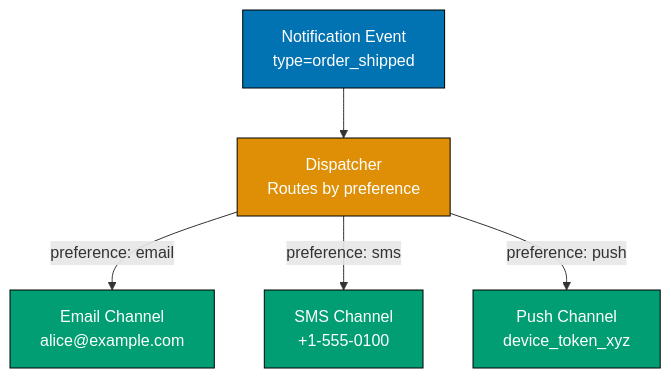
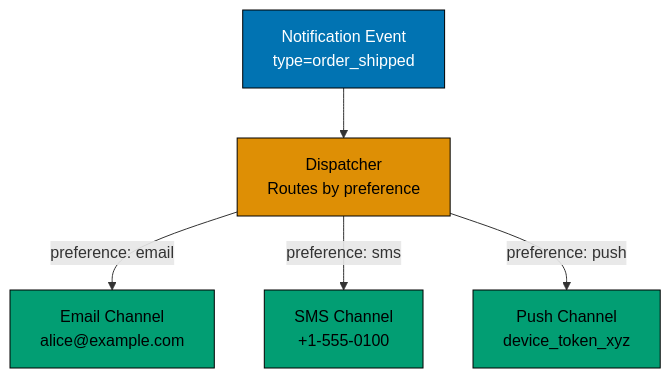
One commit to wahidyankf/ose-public changed the sixth of 6 diagrams in apps/ayokoding-www/content/en/learn/legacy/software-engineering/system-design/by-example/intermediate.md. Above: the diagram before and after it, drawn with Mermaid. The commit also changed other lines of this file and 78 other files, not shown here.

First line of the commit message:
fix(mermaid): bring the remaining legacy software-engineering diagrams onto the accessible palette

````diff
--- a/apps/ayokoding-www/content/en/learn/legacy/software-engineering/system-design/by-example/intermediate.md
+++ b/apps/ayokoding-www/content/en/learn/legacy/software-engineering/system-design/by-example/intermediate.md
@@ -5542,17 +5557,20 @@
 ```mermaid
 graph TD
+    accTitle: Example 48: Multi-Channel Notification Dispatcher
+    accDescr: Graph with 5 nodes and 4 connections. Nodes: Notification Event type=order_shipped, Dispatcher Routes by preference, Email Channel alice@example.com, SMS Channel +1-555-0100, Push Channel device_token_xyz. Connections: Notification Event type=order_shipped to Dispatcher Routes by preference, Dispatcher Routes by preference to Email Channel alice@example.com (preference: email), Dispatcher Routes by preference to SMS Channel +1-555-0100 (preference: sms), Dispatcher Routes by preference to Push Channel device_token_xyz (preference: push).
     Event["Notification Event<br/>type=order_shipped"]:::blue
     Dispatcher["Dispatcher<br/>Routes by preference"]:::orange
     Email["Email Channel<br/>alice@example.com"]:::teal
     SMS["SMS Channel<br/>+1-555-0100"]:::teal
     Push["Push Channel<br/>device_token_xyz"]:::teal
 
     Event --> Dispatcher
     Dispatcher -->|preference: email| Email
     Dispatcher -->|preference: sms| SMS
     Dispatcher -->|preference: push| Push
 
-    classDef blue fill:#0173B2,stroke:#000,color:#fff
-    classDef orange fill:#DE8F05,stroke:#000,color:#fff
-    classDef teal fill:#029E73,stroke:#000,color:#fff
+    classDef blue fill:#0173B2,stroke:#000000,color:#FFFFFF
+    classDef orange fill:#DE8F05,stroke:#000000,color:#000000
+    classDef teal fill:#029E73,stroke:#000000,color:#000000
+    classDef default fill:#FFFFFF,stroke:#000000,color:#000000
 ```
````
